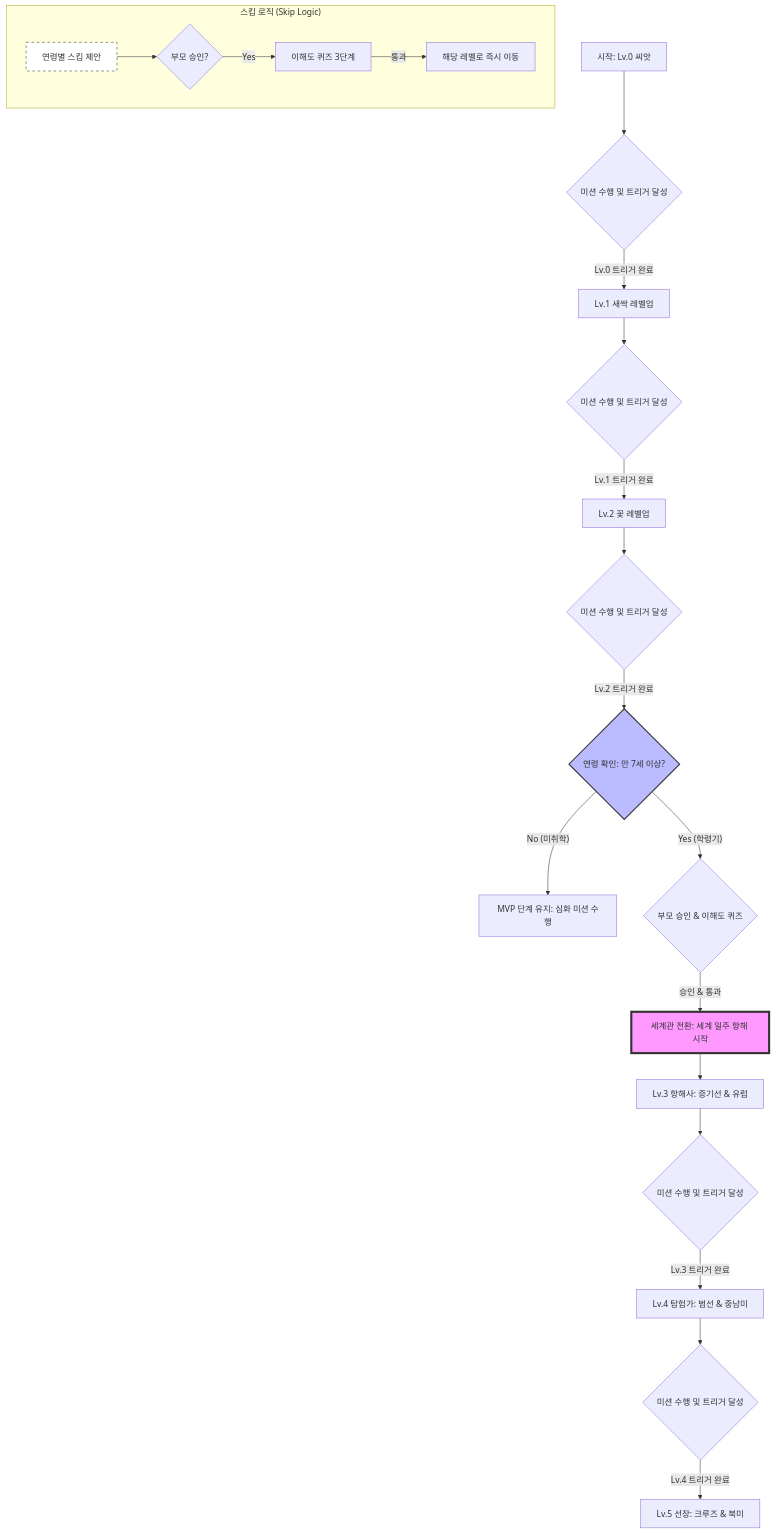
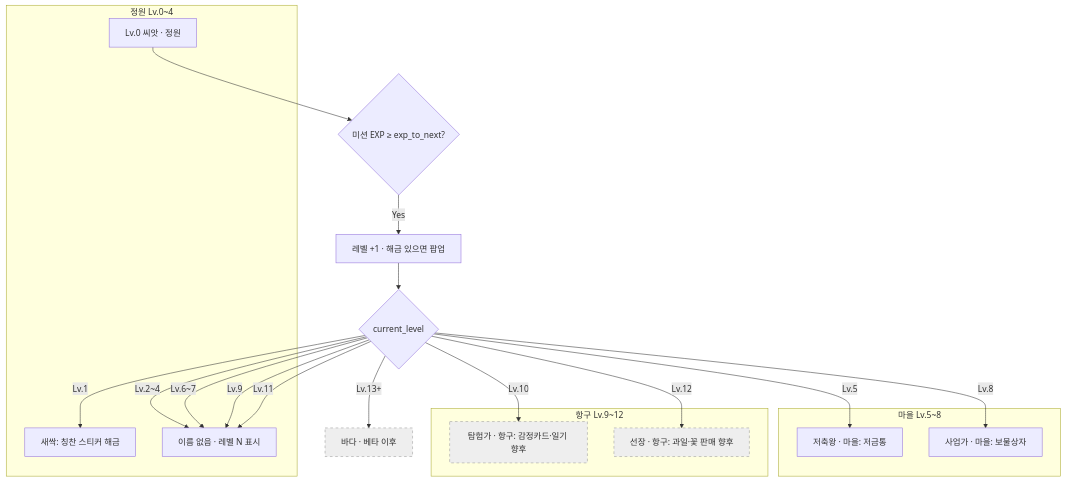
Before and after one commit to happia1/COOANC: the diagram in docs/design/diagrams/LEVEL_UP_SKIP_FLOW_V2.mmd, drawn with Mermaid. The commit also changed 26 other files, not shown here.

```diff
--- a/docs/design/diagrams/LEVEL_UP_SKIP_FLOW_V2.mmd
+++ b/docs/design/diagrams/LEVEL_UP_SKIP_FLOW_V2.mmd
@@ -1,27 +1,34 @@
+%% v3 (2026-06) — EXP 레벨업·기능 해금. 구 「꽃·세계 일주 항해」 흐름은 폐기.
 graph TD
-    A[시작: Lv.0 씨앗] --> B{미션 수행 및 트리거 달성}
-    B -- "Lv.0 트리거 완료" --> C[Lv.1 새싹 레벨업]
-    C --> D{미션 수행 및 트리거 달성}
-    D -- "Lv.1 트리거 완료" --> E[Lv.2 꽃 레벨업]
-    E --> F{미션 수행 및 트리거 달성}
-    
-    F -- "Lv.2 트리거 완료" --> G{연령 확인: 만 7세 이상?}
-    G -- "No (미취학)" --> H[MVP 단계 유지: 심화 미션 수행]
-    G -- "Yes (학령기)" --> I{부모 승인 & 이해도 퀴즈}
-    
-    I -- "승인 & 통과" --> J[세계관 전환: 세계 일주 항해 시작]
-    J --> K[Lv.3 항해사: 증기선 & 유럽]
-    K --> L{미션 수행 및 트리거 달성}
-    L -- "Lv.3 트리거 완료" --> M[Lv.4 탐험가: 범선 & 중남미]
-    M --> N{미션 수행 및 트리거 달성}
-    N -- "Lv.4 트리거 완료" --> O[Lv.5 선장: 크루즈 & 북미]
-    
-    subgraph "스킵 로직 (Skip Logic)"
-        S1[연령별 스킵 제안] --> S2{부모 승인?}
-        S2 -- "Yes" --> S3[이해도 퀴즈 3단계]
-        S3 -- "통과" --> S4[해당 레벨로 즉시 이동]
+    A[Lv.0 씨앗 · 정원] --> B{미션 EXP ≥ exp_to_next?}
+    B -- Yes --> C[레벨 +1 · 해금 있으면 팝업]
+    C --> D{current_level}
+
+    D -- Lv.1 --> E[새싹: 칭찬 스티커 해금]
+    D -- Lv.2~4 --> F[이름 없음 · 레벨 N 표시]
+    D -- Lv.5 --> G[저축왕 · 마을: 저금통]
+    D -- Lv.6~7 --> F
+    D -- Lv.8 --> H[사업가 · 마을: 보물상자]
+    D -- Lv.9 --> F
+    D -- Lv.10 --> I[탐험가 · 항구: 감정카드·일기 향후]
+    D -- Lv.11 --> F
+    D -- Lv.12 --> J[선장 · 항구: 과일·꽃 판매 향후]
+    D -- Lv.13+ --> K[바다 · 베타 이후]
+
+    subgraph 정원["정원 Lv.0~4"]
+        A
+        E
+        F
     end
-    
-    style J fill:#f9f,stroke:#333,stroke-width:4px
-    style G fill:#bbf,stroke:#333,stroke-width:2px
-    style S1 fill:#fff,stroke:#333,stroke-dasharray: 5 5
+    subgraph 마을["마을 Lv.5~8"]
+        G
+        H
+    end
+    subgraph 항구["항구 Lv.9~12"]
+        I
+        J
+    end
+
+    style I fill:#eee,stroke:#999,stroke-dasharray: 5 5
+    style J fill:#eee,stroke:#999,stroke-dasharray: 5 5
+    style K fill:#eee,stroke:#999,stroke-dasharray: 5 5
```
